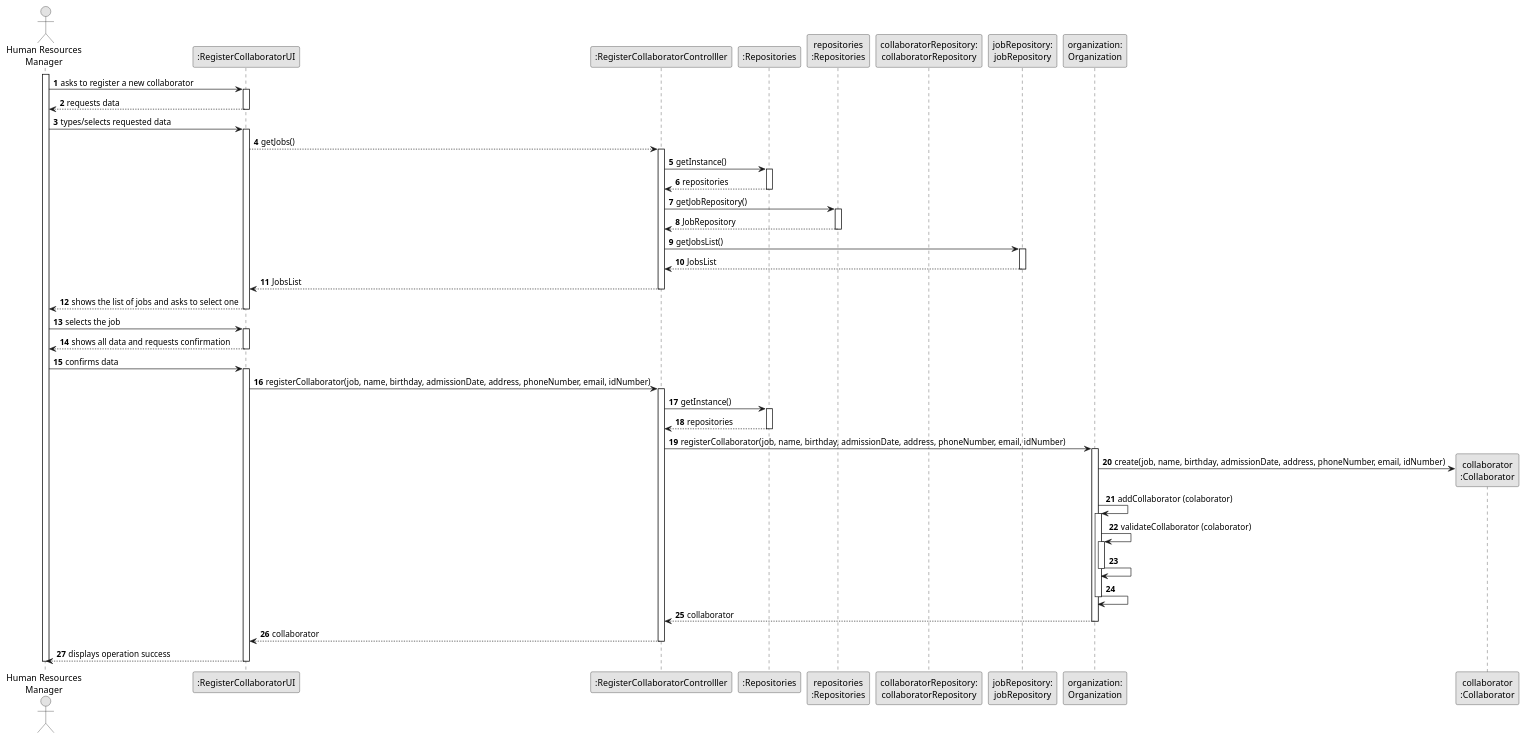
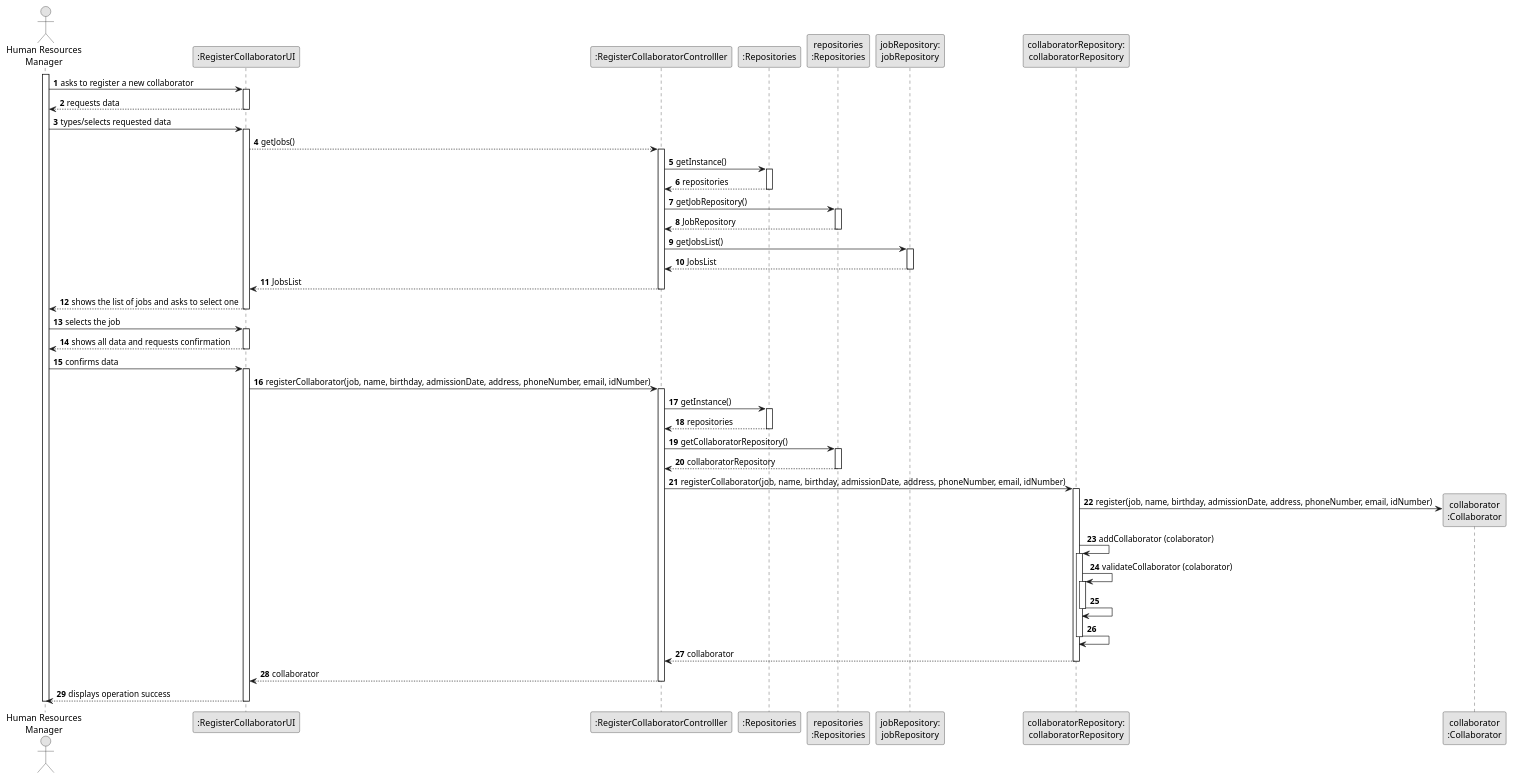
Before and after one commit to daniel41silva05/ISEP_2023_2024_LAPR2: the diagram in docs/sprintA&B/us003/03.design/puml/us003-sequence-diagram-full.puml, drawn with PlantUML. The commit also changed 1 other file, not shown here.

```diff
--- a/docs/sprintA&B/us003/03.design/puml/us003-sequence-diagram-full.puml
+++ b/docs/sprintA&B/us003/03.design/puml/us003-sequence-diagram-full.puml
@@ -1,103 +1,108 @@
 @startuml
 skinparam monochrome true
 skinparam packageStyle rectangle
 skinparam shadowing false
 
 autonumber
 
 'hide footbox
 actor "Human Resources\nManager" as HRM
 participant ":RegisterCollaboratorUI" as UI
 participant ":RegisterCollaboratorControlller" as CTRL
 participant ":Repositories" as REP
 participant "repositories\n:Repositories" as REPS
+participant "jobRepository:\njobRepository" as jobRepository
 participant "collaboratorRepository:\ncollaboratorRepository" as collaboratorRepository
-participant "jobRepository:\njobRepository" as jobRepository
-participant "organization:\nOrganization" as organization
 participant "collaborator\n:Collaborator" as COLLABORATOR
 
 activate HRM
 
     HRM -> UI : asks to register a new collaborator
     activate UI
 
     UI --> HRM : requests data
     deactivate UI
 
     HRM -> UI : types/selects requested data
     activate UI
 
         UI --> CTRL : getJobs()
         activate CTRL
 
             CTRL -> REP : getInstance()
             activate REP
 
             REP --> CTRL: repositories
             deactivate REP
 
             CTRL -> REPS : getJobRepository()
             activate REPS
 
             REPS --> CTRL: JobRepository
             deactivate REPS
 
             CTRL -> jobRepository: getJobsList()
             activate jobRepository
 
             jobRepository --> CTRL : JobsList
             deactivate jobRepository
 
             CTRL --> UI : JobsList
             deactivate CTRL
 
     UI --> HRM : shows the list of jobs and asks to select one
     deactivate UI
 
     HRM -> UI : selects the job
     activate UI
 
     UI --> HRM : shows all data and requests confirmation
     deactivate UI
 
     HRM -> UI : confirms data
     activate UI
 
         UI -> CTRL: registerCollaborator(job, name, birthday, admissionDate, address, phoneNumber, email, idNumber)
         activate CTRL
 
             CTRL -> REP: getInstance()
             activate REP
 
             REP --> CTRL: repositories
             deactivate REP
 
-            CTRL -> organization: registerCollaborator(job, name, birthday, admissionDate, address, phoneNumber, email, idNumber)
-            activate organization
+            CTRL -> REPS: getCollaboratorRepository()
+            activate REPS
 
-                organization -> COLLABORATOR** : create(job, name, birthday, admissionDate, address, phoneNumber, email, idNumber)
+            REPS --> CTRL: collaboratorRepository
+            deactivate REPS
 
-                organization -> organization: addCollaborator (colaborator)
-                activate organization
+            CTRL -> collaboratorRepository: registerCollaborator(job, name, birthday, admissionDate, address, phoneNumber, email, idNumber)
+            activate collaboratorRepository
 
-                organization -> organization: validateCollaborator (colaborator)
-                activate organization
+                collaboratorRepository -> COLLABORATOR** : register(job, name, birthday, admissionDate, address, phoneNumber, email, idNumber)
 
-                organization -> organization
-                deactivate organization
+                collaboratorRepository -> collaboratorRepository: addCollaborator (colaborator)
+                activate collaboratorRepository
 
-                organization -> organization
-                deactivate organization
+                collaboratorRepository -> collaboratorRepository: validateCollaborator (colaborator)
+                activate collaboratorRepository
 
-            organization --> CTRL: collaborator
-            deactivate organization
+                collaboratorRepository -> collaboratorRepository
+                deactivate collaboratorRepository
+
+                collaboratorRepository -> collaboratorRepository
+                deactivate collaboratorRepository
+
+            collaboratorRepository --> CTRL: collaborator
+            deactivate collaboratorRepository
 
         CTRL --> UI: collaborator
         deactivate CTRL
 
     UI --> HRM: displays operation success
     deactivate UI
 
 deactivate HRM
 
 @enduml
```
